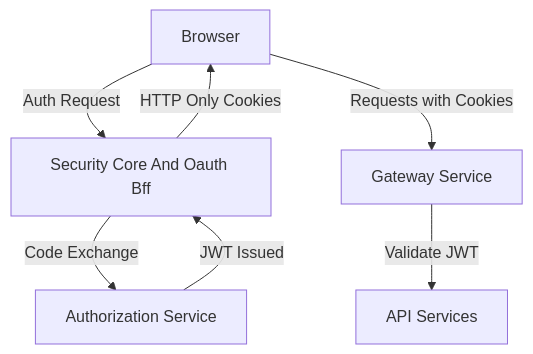
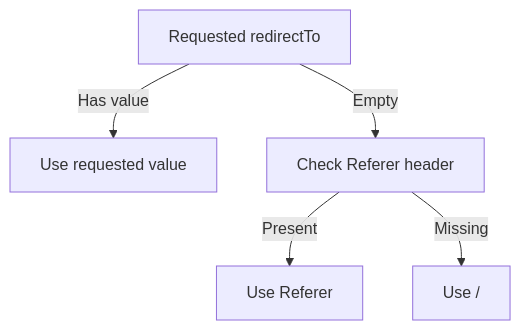
Before and after one commit to flamingo-stack/openframe-oss-lib: the eighth of 8 diagrams in docs/reference/architecture/security-core-and-oauth-bff/security-core-and-oauth-bff.md, drawn with Mermaid. The commit also changed other lines of this file and 1819 other files, not shown here.

````diff
--- a/docs/reference/architecture/security-core-and-oauth-bff/security-core-and-oauth-bff.md
+++ b/docs/reference/architecture/security-core-and-oauth-bff/security-core-and-oauth-bff.md
@@ -338,9 +283,7 @@
 ```mermaid
 flowchart TD
-    Browser["Browser"] -->|"Auth Request"| BFF["Security Core And Oauth Bff"]
-    BFF -->|"Code Exchange"| AuthServer["Authorization Service"]
-    AuthServer -->|"JWT Issued"| BFF
-    BFF -->|"HTTP Only Cookies"| Browser
-    Browser -->|"Requests with Cookies"| Gateway["Gateway Service"]
-    Gateway -->|"Validate JWT"| Resource["API Services"]
+    Requested["Requested redirectTo"] -->|"Has value"| UseRequested["Use requested value"]
+    Requested -->|"Empty"| RefererCheck["Check Referer header"]
+    RefererCheck -->|"Present"| UseReferer["Use Referer"]
+    RefererCheck -->|"Missing"| DefaultRoot["Use /"]
 ```
````
